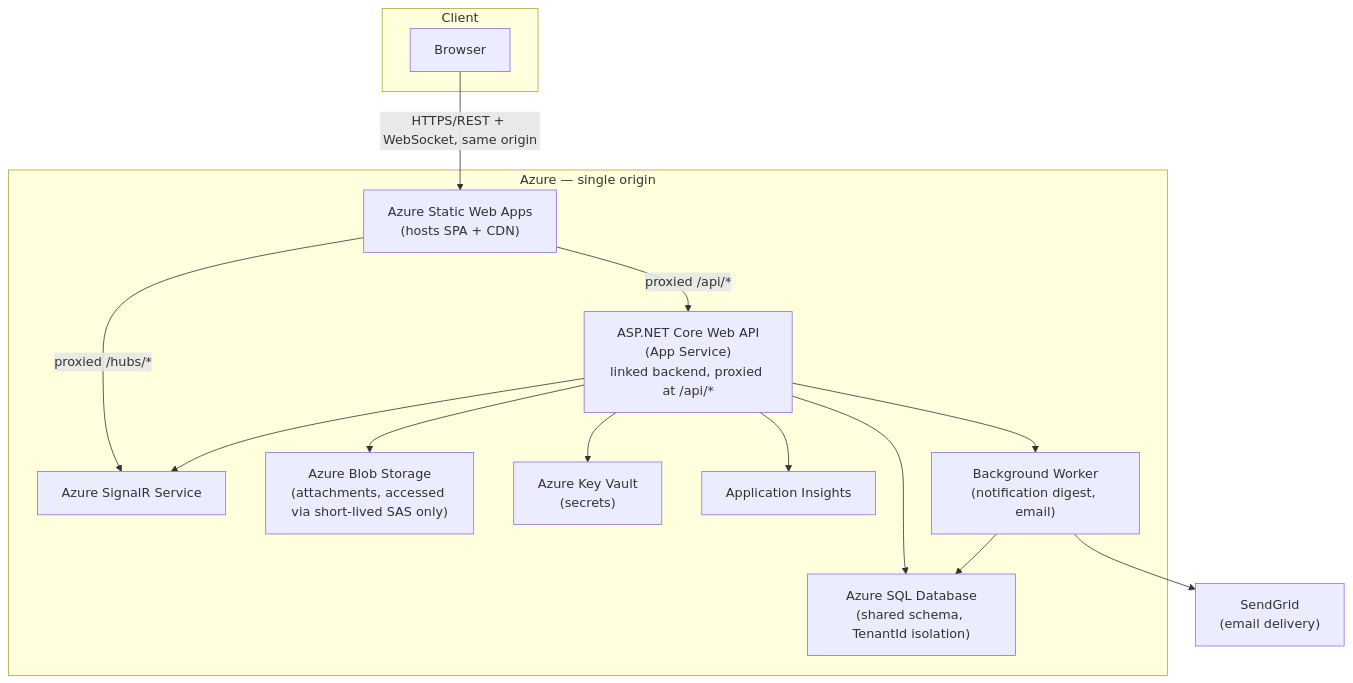
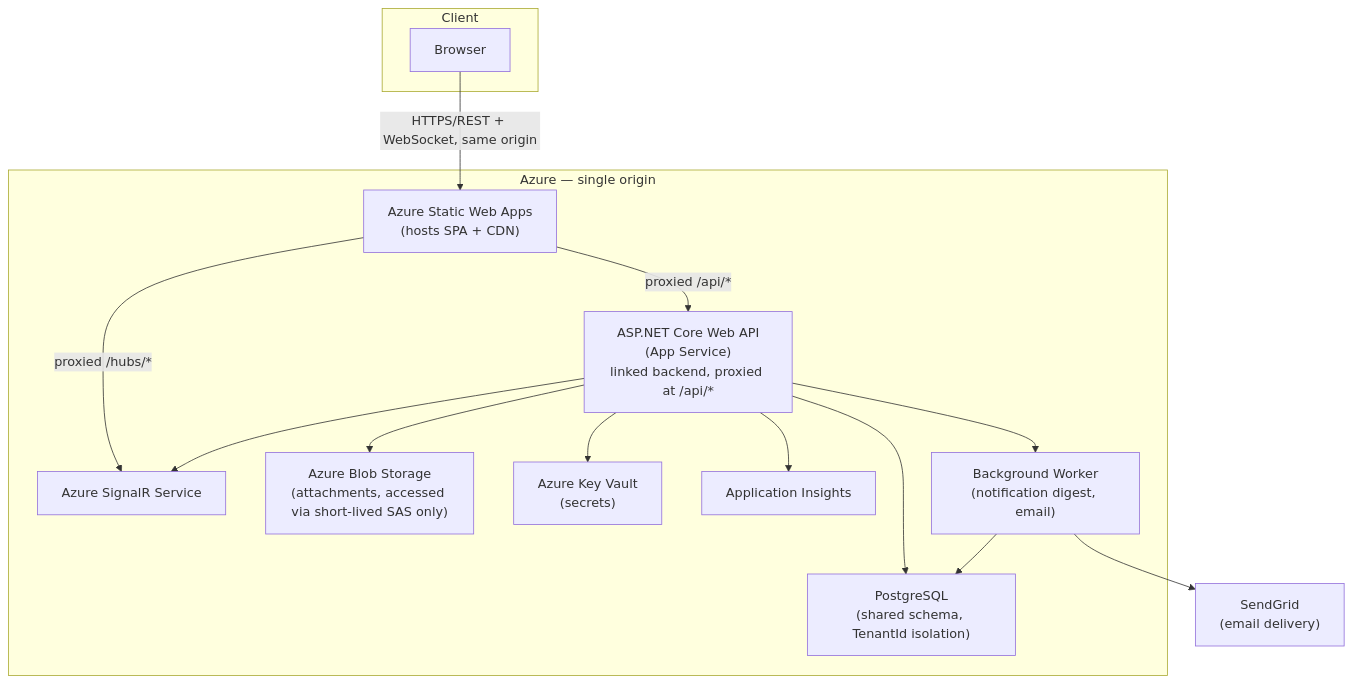
The first of 3 diagrams in docs/devflow/01-architecture.md (K-darre02/DevFlow), drawn with Mermaid before and after one commit. The commit also changed other lines of this file and 6 other files, not shown here.

First line of the commit message:
Update architecture docs for PostgreSQL decision

````diff
--- a/docs/devflow/01-architecture.md
+++ b/docs/devflow/01-architecture.md
@@ -24,31 +24,31 @@
 ```mermaid
 graph TB
     subgraph Client
         BROWSER["Browser"]
     end
 
     subgraph "Azure — single origin"
         SWA["Azure Static Web Apps<br/>(hosts SPA + CDN)"]
         API["ASP.NET Core Web API<br/>(App Service)<br/>linked backend, proxied at /api/*"]
         SIGNALR["Azure SignalR Service"]
-        SQL["Azure SQL Database<br/>(shared schema, TenantId isolation)"]
+        DB["PostgreSQL<br/>(shared schema, TenantId isolation)"]
         BLOB["Azure Blob Storage<br/>(attachments, accessed via short-lived SAS only)"]
         KV["Azure Key Vault<br/>(secrets)"]
         AI["Application Insights"]
         FUNC["Background Worker<br/>(notification digest, email)"]
     end
 
     SENDGRID["SendGrid<br/>(email delivery)"]
 
     BROWSER -- "HTTPS/REST + WebSocket, same origin" --> SWA
     SWA -- "proxied /api/*" --> API
     SWA -- "proxied /hubs/*" --> SIGNALR
     API --> SIGNALR
-    API --> SQL
+    API --> DB
     API --> BLOB
     API --> KV
     API --> AI
     API --> FUNC
-    FUNC --> SQL
+    FUNC --> DB
     FUNC --> SENDGRID
 ```
````
